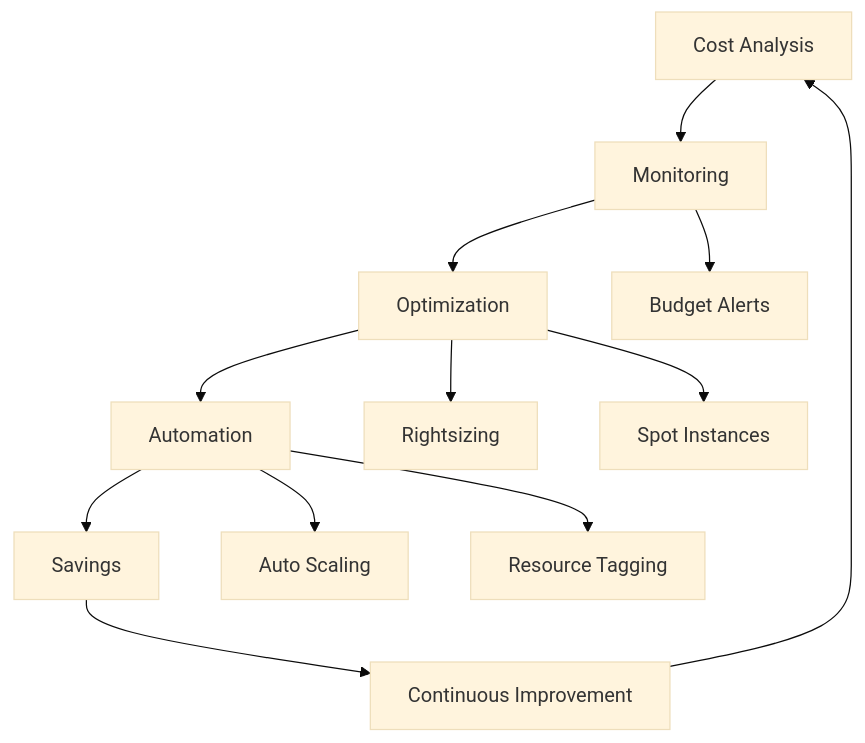
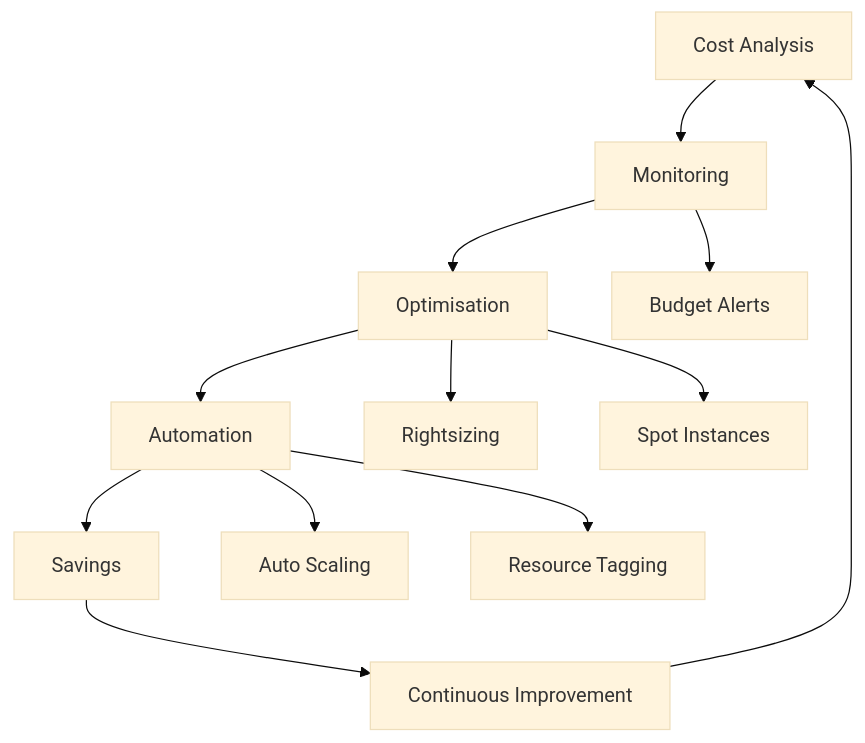
The diagram in docs/images/diagram_16_chapter15.mmd (Geonitab/architecture_as_code), drawn with Mermaid (base theme) before and after one commit. The commit also changed 14 other files, not shown here.

Commit message:
Convert diagrams from American to British English

```diff
--- a/docs/images/diagram_16_chapter15.mmd
+++ b/docs/images/diagram_16_chapter15.mmd
@@ -1,13 +1,13 @@
 graph TD
     A[Cost Analysis]:::kv-primary --> B[Monitoring]:::kv-highlight
-    B --> C[Optimization]:::kv-accent
+    B --> C[Optimisation]:::kv-accent
     C --> D[Automation]:::kv-accent
     D --> E[Savings]:::kv-primary
     E --> F[Continuous Improvement]:::kv-highlight
     F --> A
 
     B --> G[Budget Alerts]:::kv-muted
     C --> H[Rightsizing]:::kv-pattern
     C --> I[Spot Instances]:::kv-muted
     D --> J[Auto Scaling]:::kv-highlight
     D --> K[Resource Tagging]:::kv-muted
```
